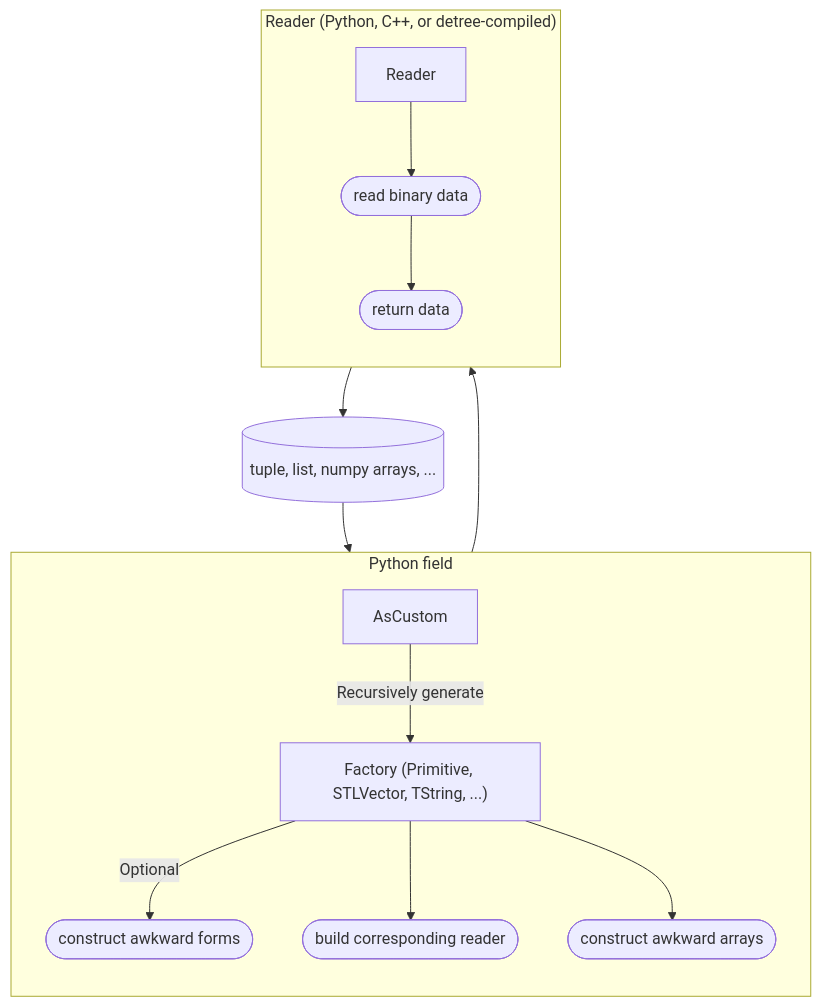
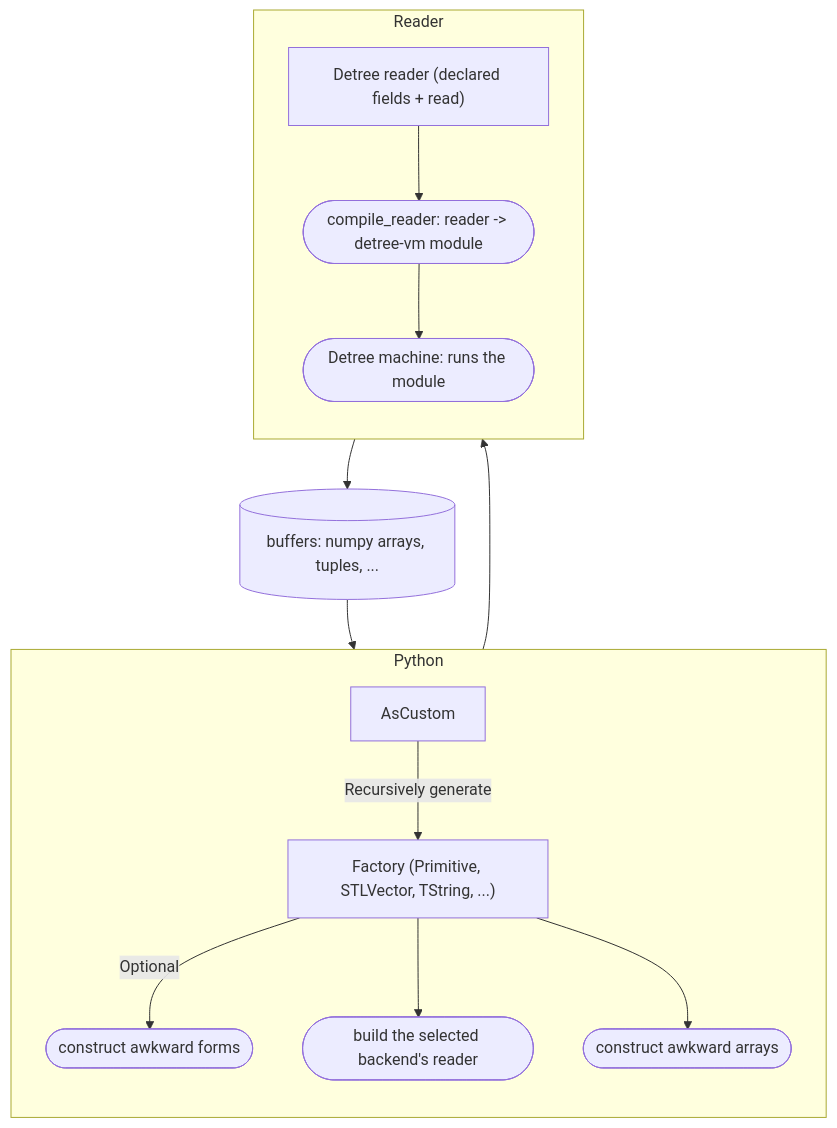
Before and after one commit to mrzimu/uproot-custom: the diagram in docs/index.md, drawn with Mermaid. The commit also changed other lines of this file and 28 other files, not shown here.

Commit message:
docs: refactor documentation and add tutorial for Detree reader (#92)

````diff
--- a/docs/index.md
+++ b/docs/index.md
@@ -21,20 +35,20 @@
 ```{mermaid}
 flowchart TD
-    subgraph py["Python field"]
+    subgraph py["Python"]
         direction TB
         AsCustom -- Recursively generate --> fac["Factory (Primitive, STLVector, TString, ...)"]
-        fac["Factory (Primitive, STLVector, TString, ...)"] -- Optional --> form(["construct awkward forms"])
-        fac --> build_reader(["build corresponding reader"])
+        fac -- Optional --> form(["construct awkward forms"])
+        fac --> build_reader(["build the selected backend's reader"])
         fac --> build_ak(["construct awkward arrays"])
     end
 
-    subgraph reader_field["Reader (Python, C++, or detree-compiled)"]
+    subgraph reader_field["Reader"]
         direction TB
-        build_reader --> reader["Reader"]
-        reader --> read_bin(["read binary data"])
-        read_bin --> ret_data(["return data"])
+        build_reader --> reader["Detree reader (declared fields + read)"]
+        reader --> compile(["compile_reader: reader -> detree-vm module"])
+        compile --> machine(["Detree machine: runs the module"])
     end
 
-    ret_data --> raw_data[("tuple, list, numpy arrays, ...")]
+    machine --> raw_data[("buffers: numpy arrays, tuples, ...")]
     raw_data --> build_ak
 ```
````
